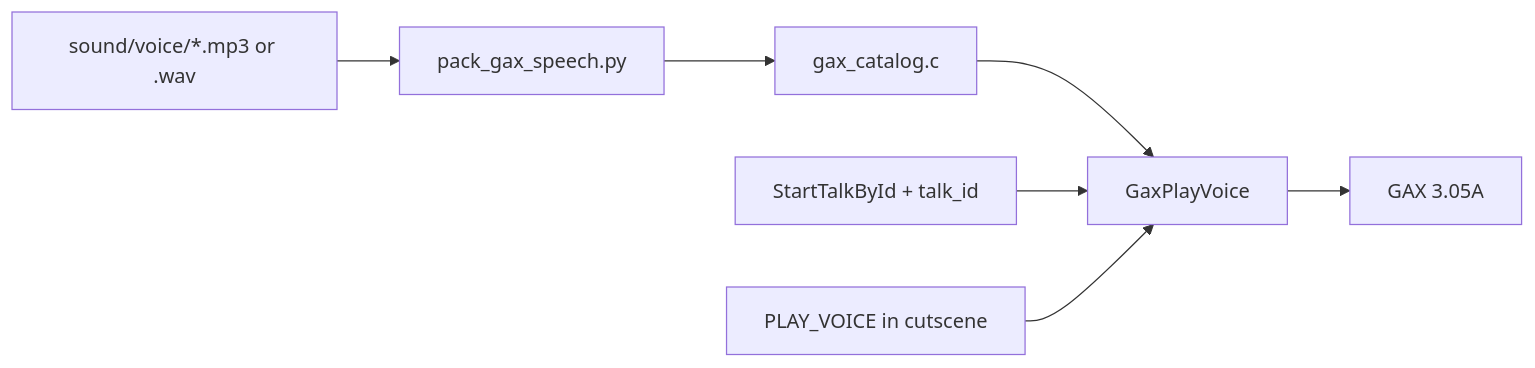
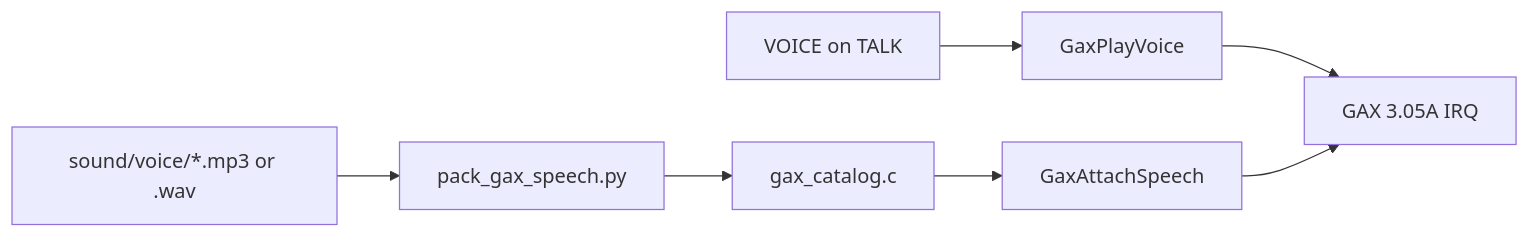
Before and after one commit to JesterWizard/sigma_star_saga: the diagram in documentation/gax-audio.md, drawn with Mermaid. The commit also changed other lines of this file and 150 other files, not shown here.

First line of the commit message:
Enhance GAX audio integration and speech handling

````diff
--- a/documentation/gax-audio.md
+++ b/documentation/gax-audio.md
@@ -45,13 +51,13 @@
 ```mermaid
 flowchart LR
   src["sound/voice/*.mp3 or .wav"]
   pack["pack_gax_speech.py"]
   cat["gax_catalog.c"]
-  mapTalk["StartTalkById + talk_id"]
-  ev["PLAY_VOICE in cutscene"]
+  attach["GaxAttachSpeech"]
+  talk["VOICE on TALK"]
   api["GaxPlayVoice"]
-  gax["GAX 3.05A"]
-  src --> pack --> cat --> api --> gax
-  mapTalk --> api
-  ev --> api
+  gax["GAX 3.05A IRQ"]
+  src --> pack --> cat --> attach
+  talk --> api --> gax
+  attach --> gax
 ```
````
